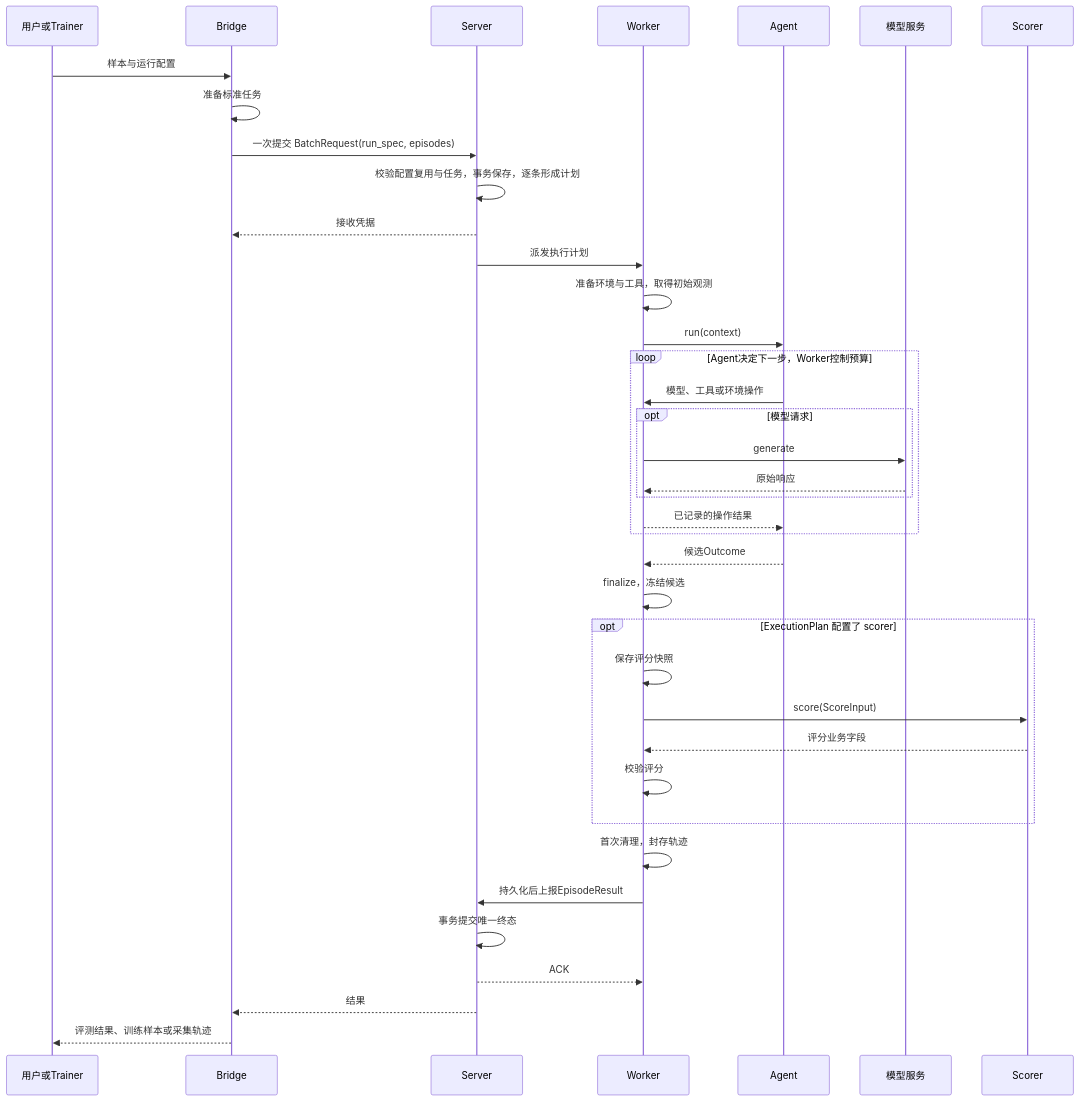
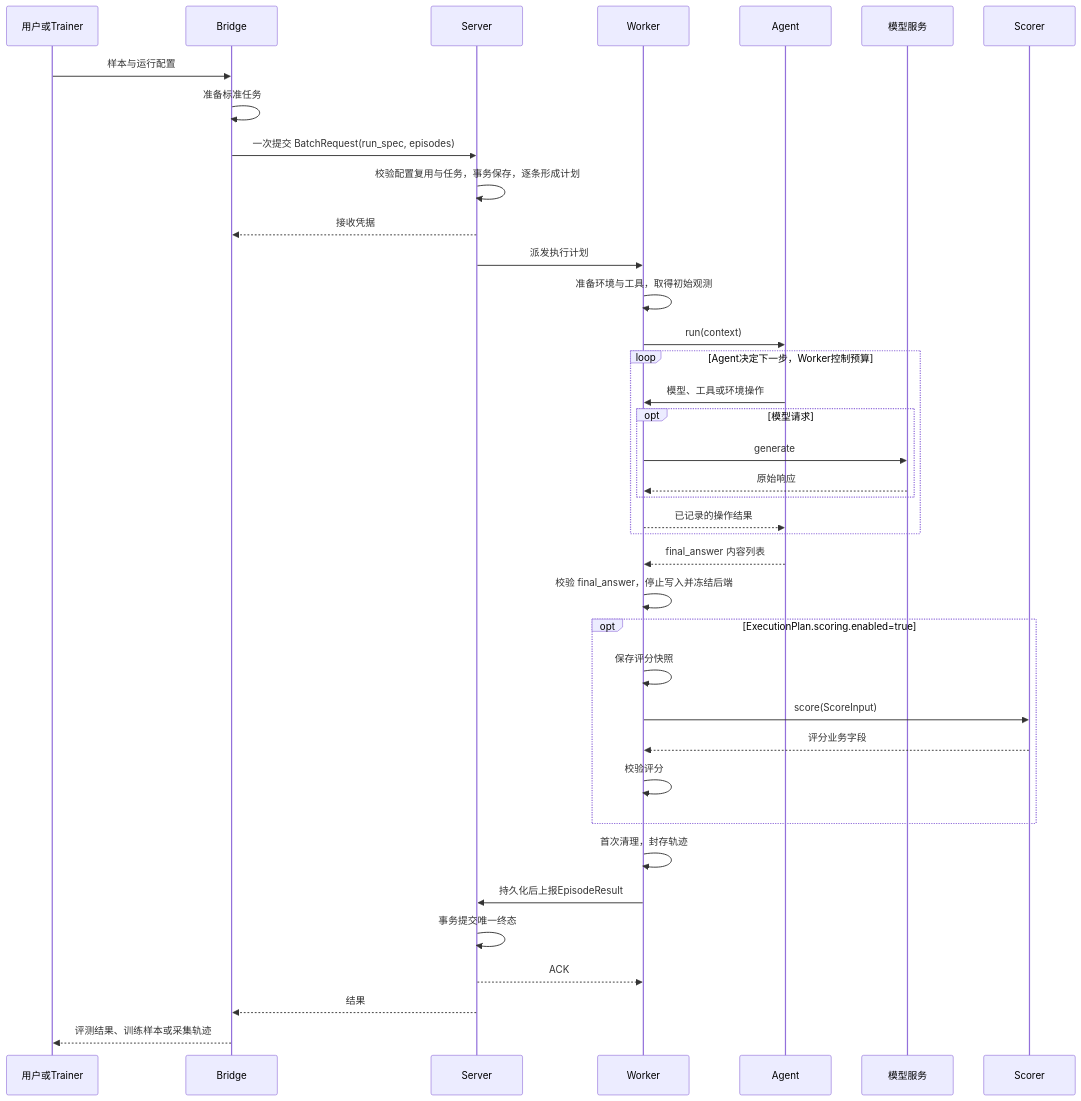
One commit to audreyyan1015/uenv_design changed the second of 18 diagrams in docs/uenv_design.md. Above: the diagram before and after it, drawn with Mermaid. The commit also changed other lines of this file and 174 other files, not shown here.

````diff
--- a/docs/uenv_design.md
+++ b/docs/uenv_design.md
@@ -172,40 +173,40 @@
 ```mermaid
 sequenceDiagram
   participant U as 用户或Trainer
   participant B as Bridge
   participant S as Server
   participant W as Worker
   participant A as Agent
   participant M as 模型服务
   participant Q as Scorer
   U->>B: 样本与运行配置
   B->>B: 准备标准任务
   B->>S: 一次提交 BatchRequest(run_spec, episodes)
   S->>S: 校验配置复用与任务，事务保存，逐条形成计划
   S-->>B: 接收凭据
   S->>W: 派发执行计划
   W->>W: 准备环境与工具，取得初始观测
   W->>A: run(context)
   loop Agent决定下一步，Worker控制预算
     A->>W: 模型、工具或环境操作
     opt 模型请求
       W->>M: generate
       M-->>W: 原始响应
     end
     W-->>A: 已记录的操作结果
   end
-  A-->>W: 候选Outcome
-  W->>W: finalize，冻结候选
-  opt ExecutionPlan 配置了 scorer
+  A-->>W: final_answer 内容列表
+  W->>W: 校验 final_answer，停止写入并冻结后端
+  opt ExecutionPlan.scoring.enabled=true
     W->>W: 保存评分快照
     W->>Q: score(ScoreInput)
     Q-->>W: 评分业务字段
     W->>W: 校验评分
   end
   W->>W: 首次清理，封存轨迹
   W->>S: 持久化后上报EpisodeResult
   S->>S: 事务提交唯一终态
   S-->>W: ACK
   S-->>B: 结果
   B-->>U: 评测结果、训练样本或采集轨迹
 ```
````
